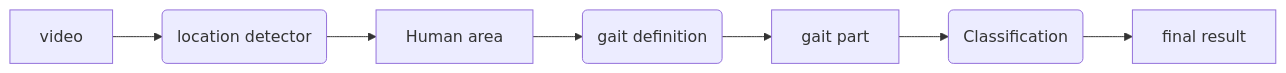
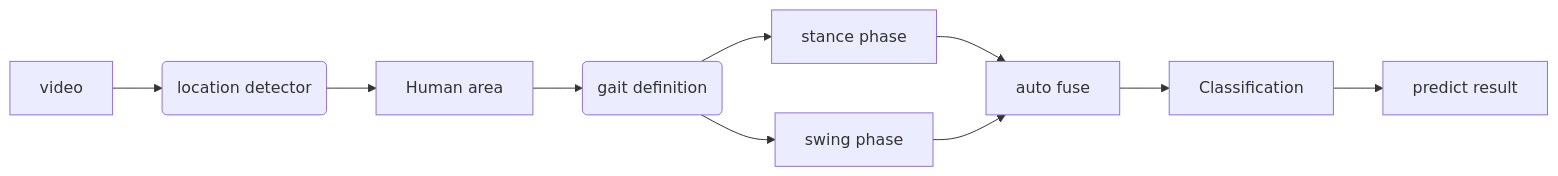
One commit to ChenKaiXuSan/Auto_Gait_Fusion_PyTorch changed the first of 2 diagrams in README.md. Above: the diagram before and after it, drawn with Mermaid. The commit also changed other lines of this file and 3 other files, not shown here.

````diff
--- a/README.md
+++ b/README.md
@@ -16,9 +16,15 @@
 ``` mermaid
 graph LR
 A[video] --> B(location detector)
 B --> C[Human area]
 C --> D(gait definition)
-D --> E[gait part]
-E --> F(Classification)
-F --> G[final result]
+
+D --> stance[stance phase]
+D --> swing[swing phase]
+
+stance --> auto[auto fuse]
+swing --> auto[auto fuse]
+
+auto --> cnn[Classification]
+cnn --> result[predict result]
 ```
````
